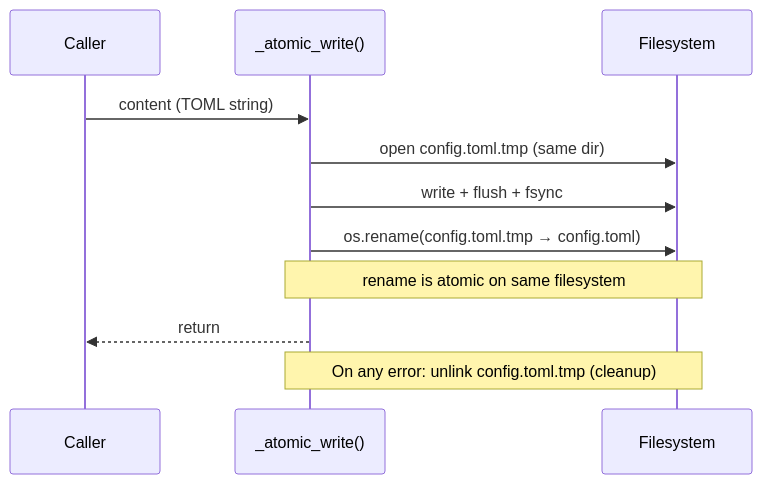
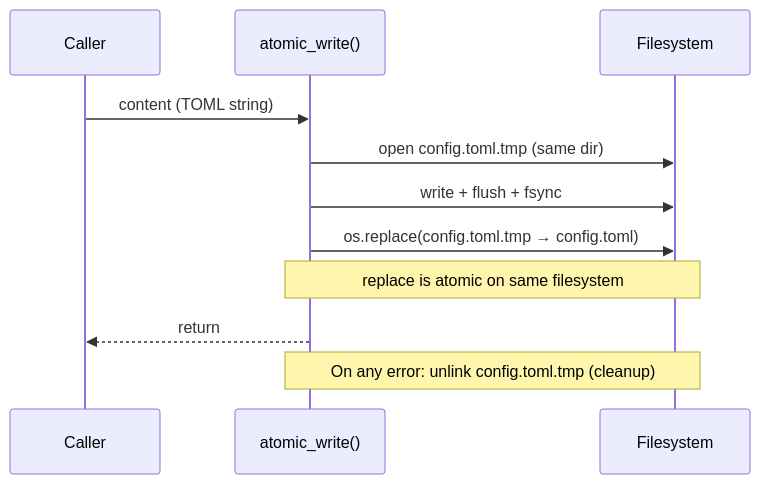
The second of 2 diagrams in Documentation/Architecture/130_data_architecture_and_persistence.md (user538295/archon-assistant), drawn with Mermaid before and after one commit. The commit also changed other lines of this file and 21 other files, not shown here.

````diff
--- a/Documentation/Architecture/130_data_architecture_and_persistence.md
+++ b/Documentation/Architecture/130_data_architecture_and_persistence.md
@@ -207,14 +253,14 @@
 ```mermaid
 sequenceDiagram
     participant C as Caller
-    participant W as _atomic_write()
+    participant W as atomic_write()
     participant FS as Filesystem
 
     C->>W: content (TOML string)
     W->>FS: open config.toml.tmp (same dir)
     W->>FS: write + flush + fsync
-    W->>FS: os.rename(config.toml.tmp → config.toml)
-    Note over W,FS: rename is atomic on same filesystem
+    W->>FS: os.replace(config.toml.tmp → config.toml)
+    Note over W,FS: replace is atomic on same filesystem
     W-->>C: return
     Note over W,FS: On any error: unlink config.toml.tmp (cleanup)
 ```
````
